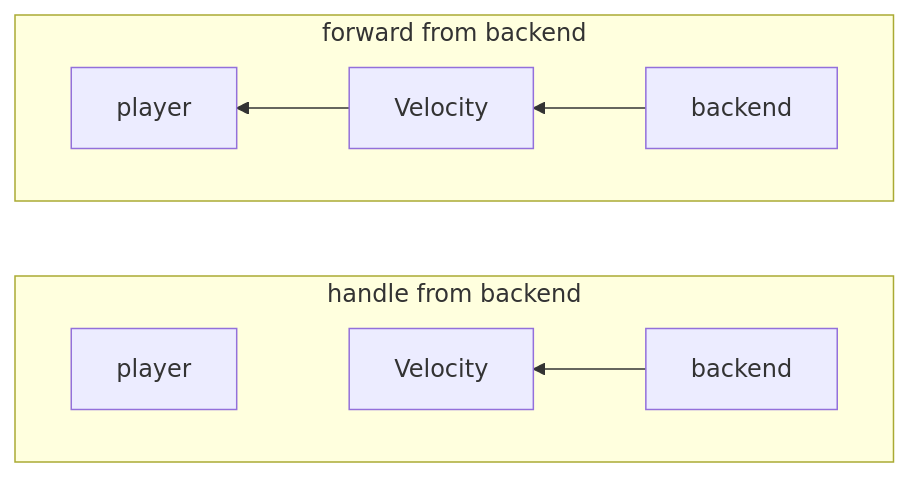
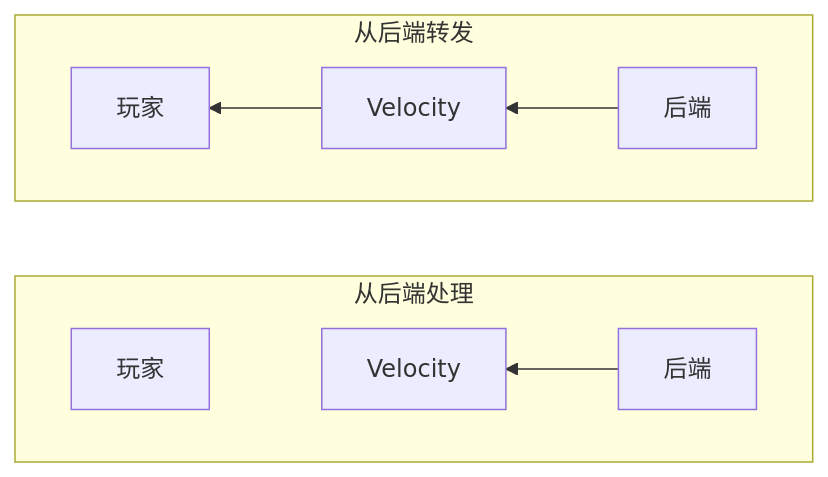
One commit to WhitePhosphor/PaperMC-Docs-CN changed the fourth of 5 diagrams in docs-cn/velocity/dev/api/plugin-messaging.mdx. Above: the diagram before and after it, drawn with Mermaid. The commit also changed other lines of this file and 133 other files, not shown here.

````diff
--- a/docs-cn/velocity/dev/api/plugin-messaging.mdx
+++ b/docs-cn/velocity/dev/api/plugin-messaging.mdx
@@ -154,11 +152,11 @@
 ```mermaid
 flowchart LR
-subgraph handle from backend
+subgraph 从后端处理
     direction RL
-    a[backend] --> b[Velocity] ~~~ c[ player]
+    a[后端] --> b[Velocity] ~~~ c[玩家]
 end
-subgraph forward from backend
+subgraph 从后端转发
     direction RL
-    d[backend] --> e[Velocity] --> f[player]
+    d[后端] --> e[Velocity] --> f[玩家]
 end
 ```
````
